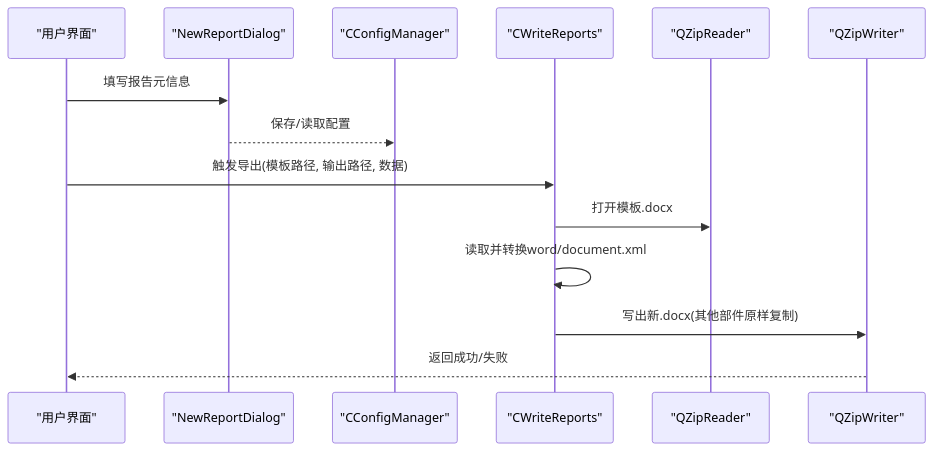
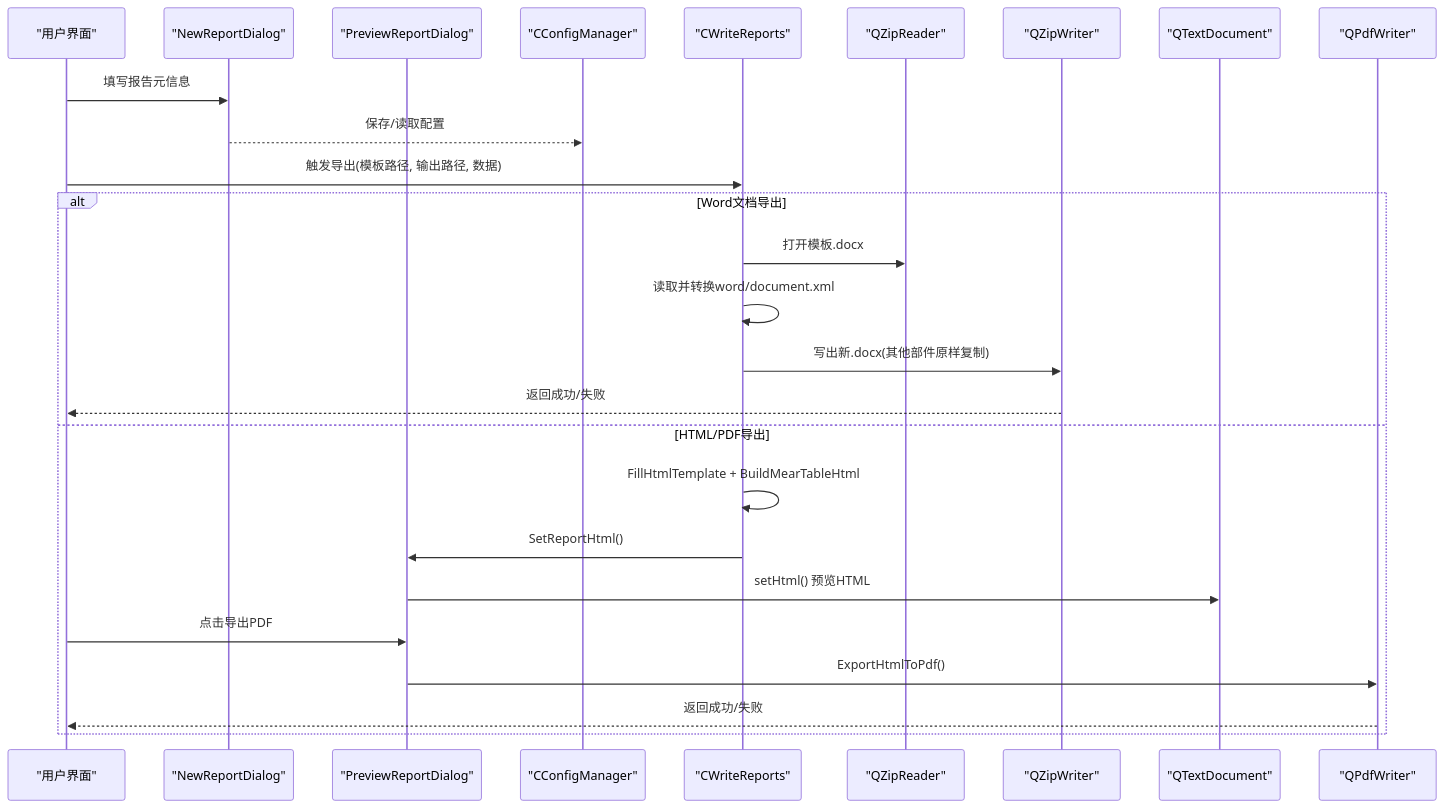
Before and after one commit to yangreest/Zero-value-Insulator-Robot-V2: the second of 5 diagrams in .qoder/repowiki/zh/content/用户手册/报告生成与管理/导出格式支持.md, drawn with Mermaid. The commit also changed other lines of this file and 22 other files, not shown here.

````diff
--- a/.qoder/repowiki/zh/content/用户手册/报告生成与管理/导出格式支持.md
+++ b/.qoder/repowiki/zh/content/用户手册/报告生成与管理/导出格式支持.md
@@ -68,16 +85,28 @@
 ```mermaid
 sequenceDiagram
 participant U as "用户界面"
 participant D as "NewReportDialog"
+participant P as "PreviewReportDialog"
 participant C as "CConfigManager"
 participant R as "CWriteReports"
 participant ZR as "QZipReader"
 participant ZW as "QZipWriter"
+participant TD as "QTextDocument"
+participant PW as "QPdfWriter"
 U->>D : 填写报告元信息
 D-->>C : 保存/读取配置
 U->>R : 触发导出(模板路径, 输出路径, 数据)
+alt Word文档导出
 R->>ZR : 打开模板.docx
 R->>R : 读取并转换word/document.xml
 R->>ZW : 写出新.docx(其他部件原样复制)
 ZW-->>U : 返回成功/失败
+else HTML/PDF导出
+R->>R : FillHtmlTemplate + BuildMearTableHtml
+R->>P : SetReportHtml()
+P->>TD : setHtml() 预览HTML
+U->>P : 点击导出PDF
+P->>PW : ExportHtmlToPdf()
+PW-->>U : 返回成功/失败
+end
 ```
````
